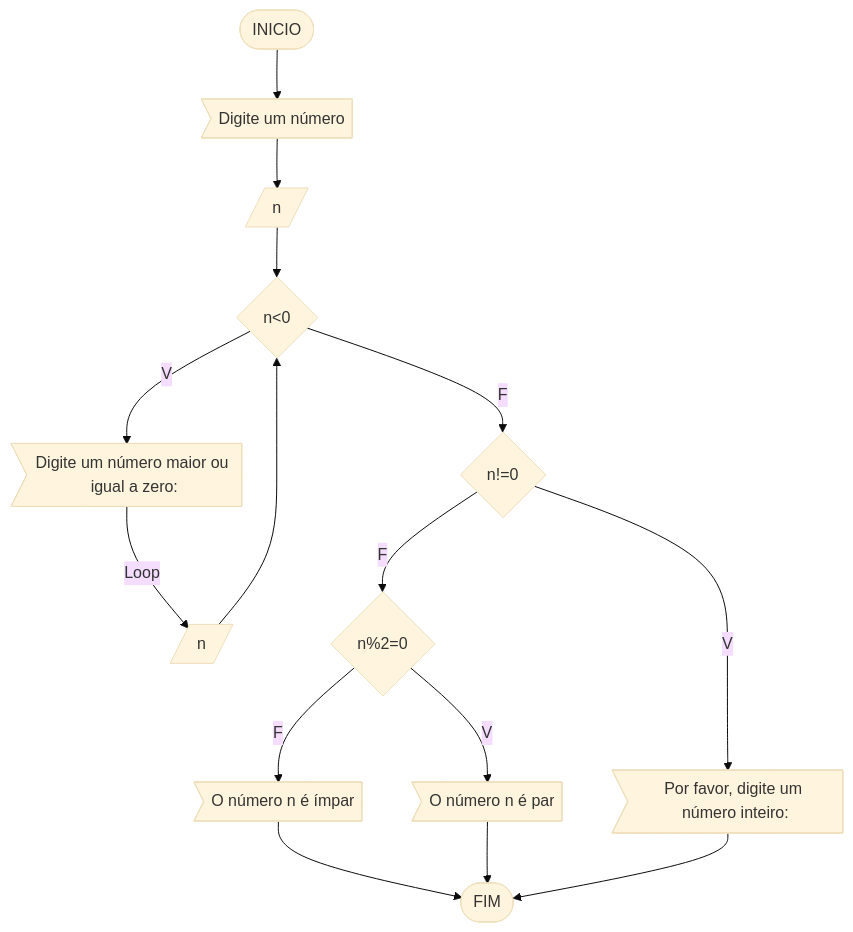
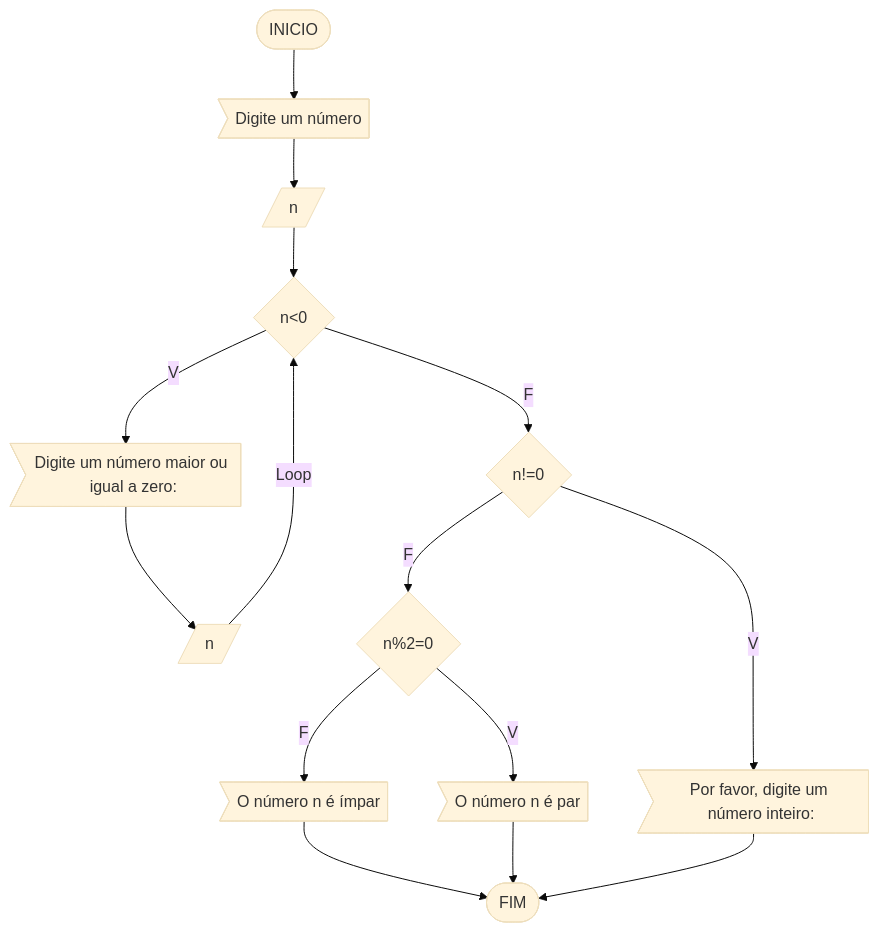
The first of 4 diagrams in RLA/lista3.md (angelomendonca0601/unifor), drawn with Mermaid (base theme) before and after one commit.

````diff
--- a/RLA/lista3.md
+++ b/RLA/lista3.md
@@ -5,20 +5,20 @@
 ```mermaid
 flowchart TD
 id1([INICIO]) --> id2>"Digite um número"]
 id2 --> id3[/n/]
 id3 --> id4{n<0}
 id4 -- V --> id5>"Digite um número maior ou igual a zero:"]
-id5 -- Loop --> id6[/n/]
-id6 -->id4
+id5 --> id6[/n/]
+id6 --Loop-->id4
 id4 -- F --> id7{n!=0}
 id7 -- V--> id8>Por favor, digite um número inteiro:]
 id7 -- F --> id9{n%2=0}
 id9 -- V --> id10>O número n é par]
 id9 -- F --> id11>O número n é ímpar]
 id11 --> id
 id10 --> id
 id8-->id
 
 
 id([FIM])
 ```
````
